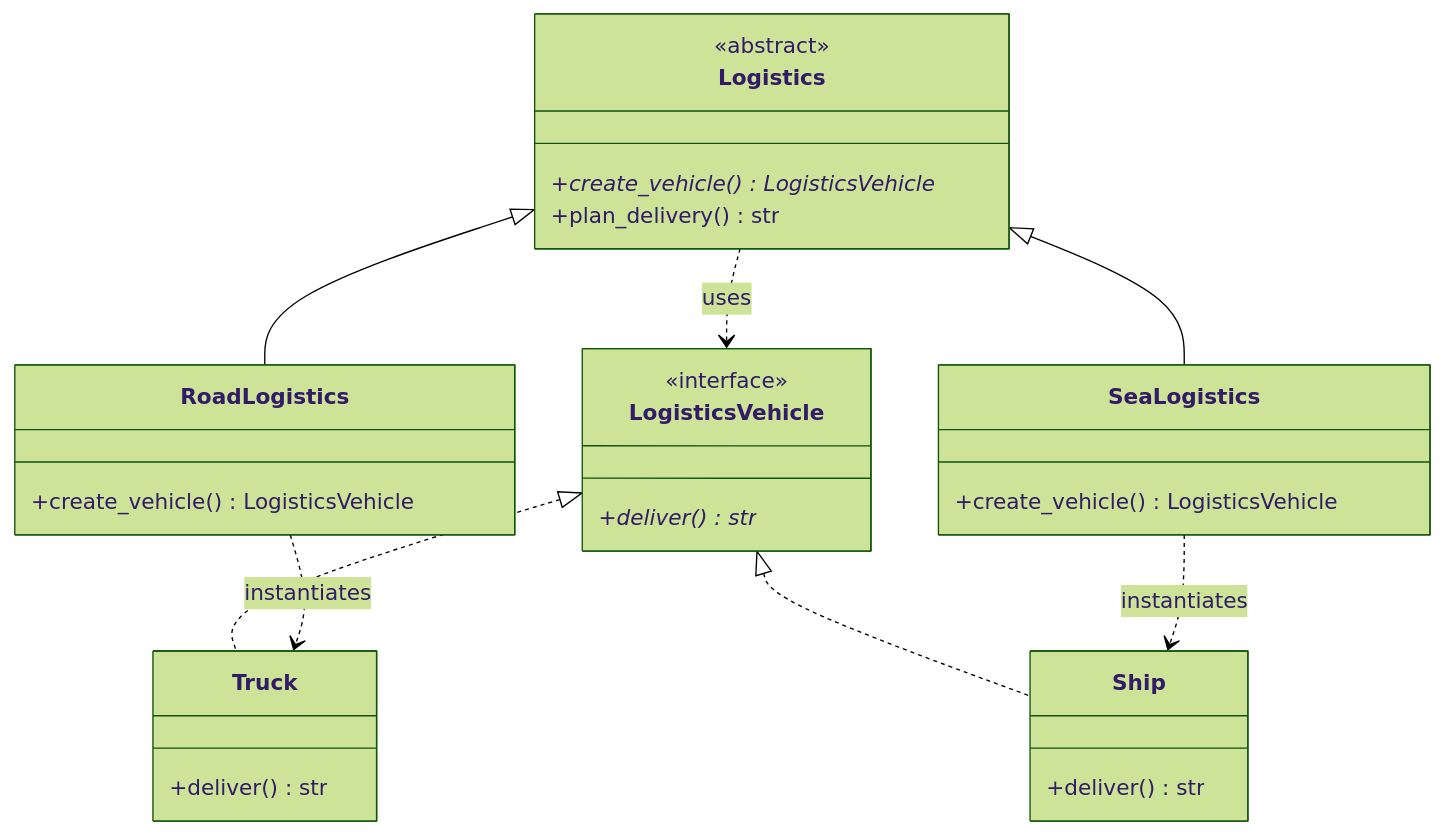
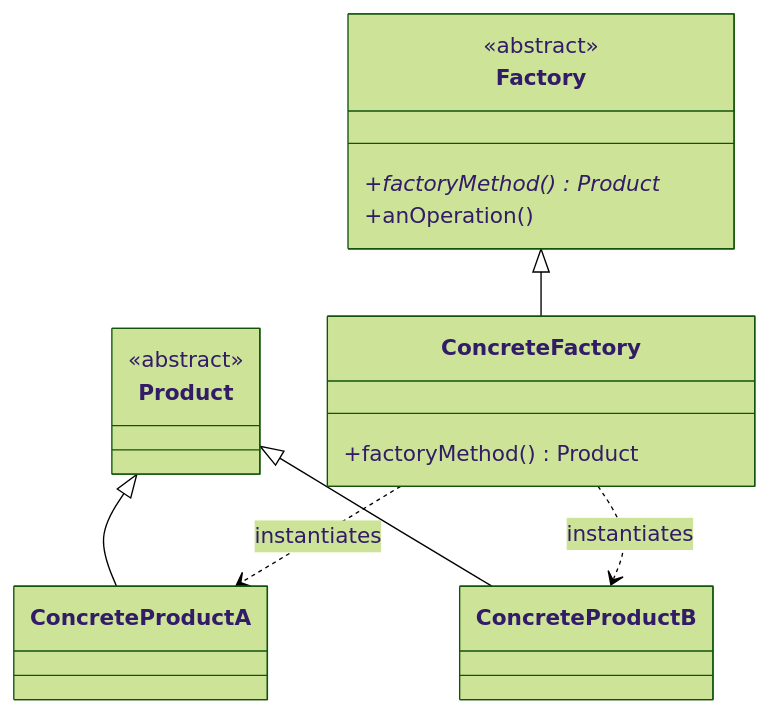
Before and after one commit to Kanai2003/path-to-sde2: the third of 7 diagrams in notes/System Design/LLD/6-Design-patterns/2-Creational Patterns/Factory.md, drawn with Mermaid (forest theme). The commit also changed other lines of this file, not shown here.

Commit message:
docs: update class diagram syntax and append conceptual ER diagrams to Factory design pattern notes

````diff
--- a/notes/System Design/LLD/6-Design-patterns/2-Creational Patterns/Factory.md
+++ b/notes/System Design/LLD/6-Design-patterns/2-Creational Patterns/Factory.md
@@ -77,32 +112,24 @@
 ```mermaid
 classDiagram
-    class Logistics {
+    class Product {
         <<abstract>>
-        +create_vehicle()* LogisticsVehicle
-        +plan_delivery() str
     }
-    class RoadLogistics {
-        +create_vehicle() LogisticsVehicle
+    class ConcreteProductA {
     }
-    class SeaLogistics {
-        +create_vehicle() LogisticsVehicle
+    class ConcreteProductB {
     }
-    class LogisticsVehicle {
-        <<interface>>
-        +deliver()* str
+    class Factory {
+        <<abstract>>
+        +factoryMethod() Product*
+        +anOperation()
     }
-    class Truck {
-        +deliver() str
-    }
-    class Ship {
-        +deliver() str
+    class ConcreteFactory {
+        +factoryMethod() Product
     }
 
-    Logistics <|-- RoadLogistics
-    Logistics <|-- SeaLogistics
-    LogisticsVehicle <|.. Truck
-    LogisticsVehicle <|.. Ship
-    RoadLogistics ..> Truck : instantiates
-    SeaLogistics ..> Ship : instantiates
-    Logistics ..> LogisticsVehicle : uses
+    Product <|-- ConcreteProductA
+    Product <|-- ConcreteProductB
+    Factory <|-- ConcreteFactory
+    ConcreteFactory ..> ConcreteProductA : instantiates
+    ConcreteFactory ..> ConcreteProductB : instantiates
 ```
````
